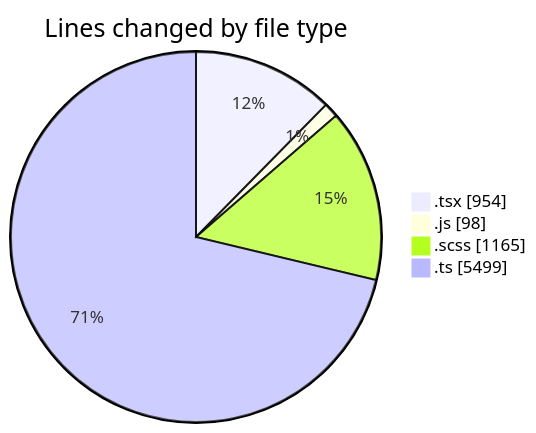
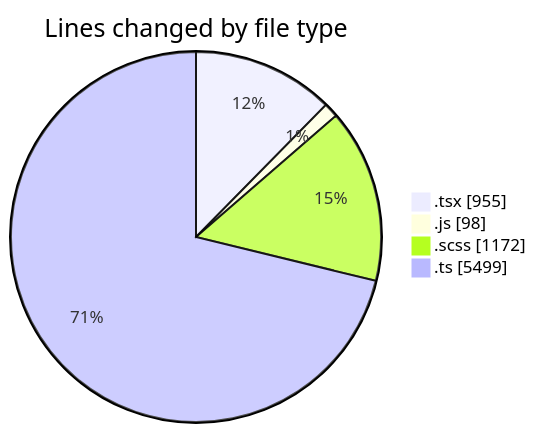
The first of 2 diagrams in 2025-03-31/cda/README.md (momahboobian/code-tracking), drawn with Mermaid before and after one commit. The commit also changed other lines of this file and 1 other file, not shown here.

````diff
--- a/2025-03-31/cda/README.md
+++ b/2025-03-31/cda/README.md
@@ -39,8 +39,8 @@
 ```mermaid
 pie showData
 title Lines changed by file type
-".tsx" : 954
+".tsx" : 955
 ".js" : 98
-".scss" : 1165
+".scss" : 1172
 ".ts" : 5499
 ```
````
